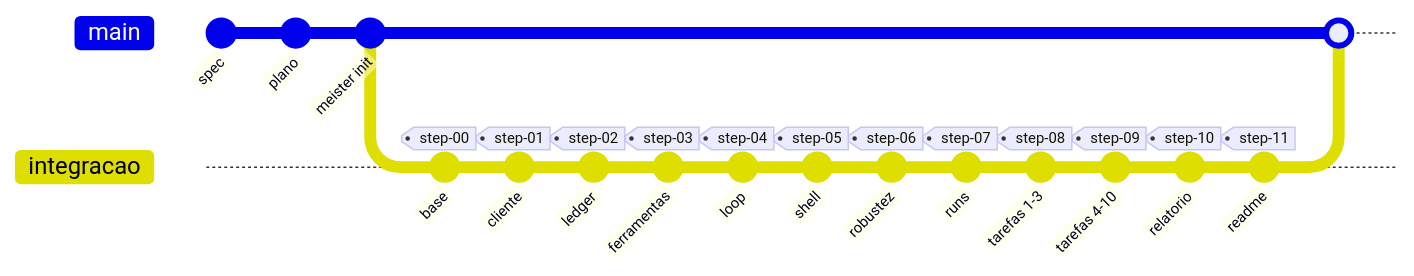
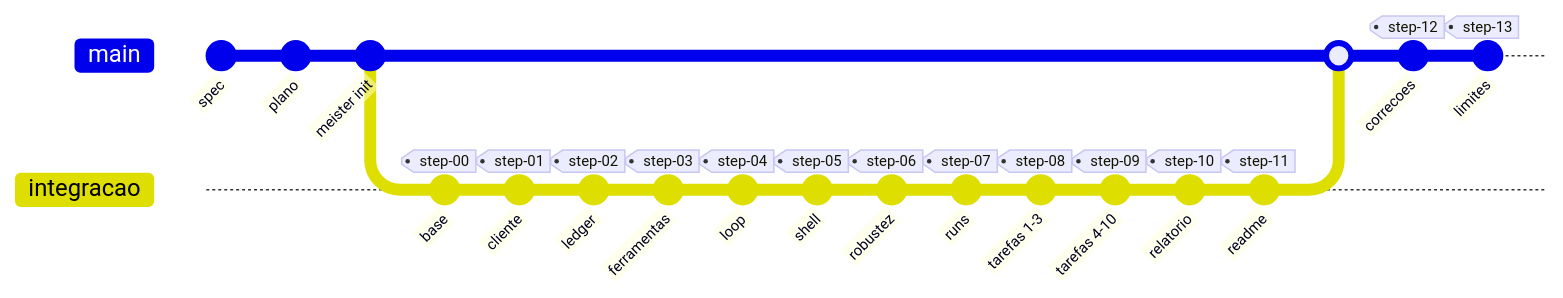
One commit to CristianonCarvalho/harness-p1-agente-minimo changed the fourth of 6 diagrams in docs/arquitetura/07-processo.md. Above: the diagram before and after it, drawn with Mermaid. The commit also changed other lines of this file and 6 other files, not shown here.

````diff
--- a/docs/arquitetura/07-processo.md
+++ b/docs/arquitetura/07-processo.md
@@ -64,21 +66,23 @@
 ```mermaid
 gitGraph
     commit id: "spec"
     commit id: "plano"
     commit id: "meister init"
     branch integracao
     commit id: "base" tag: "step-00"
     commit id: "cliente" tag: "step-01"
     commit id: "ledger" tag: "step-02"
     commit id: "ferramentas" tag: "step-03"
     commit id: "loop" tag: "step-04"
     commit id: "shell" tag: "step-05"
     commit id: "robustez" tag: "step-06"
     commit id: "runs" tag: "step-07"
     commit id: "tarefas 1-3" tag: "step-08"
     commit id: "tarefas 4-10" tag: "step-09"
     commit id: "relatorio" tag: "step-10"
     commit id: "readme" tag: "step-11"
     checkout main
     merge integracao
+    commit id: "correcoes" tag: "step-12"
+    commit id: "limites" tag: "step-13"
 ```
````
